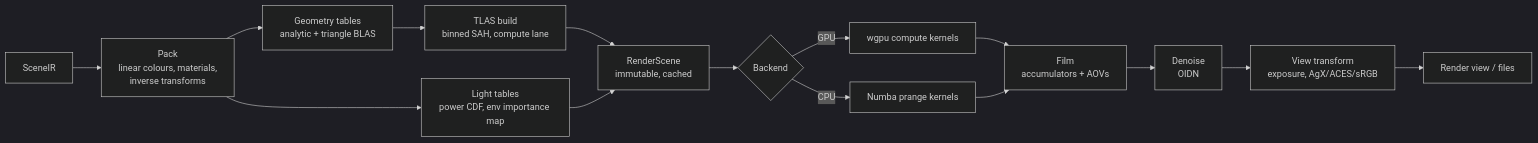
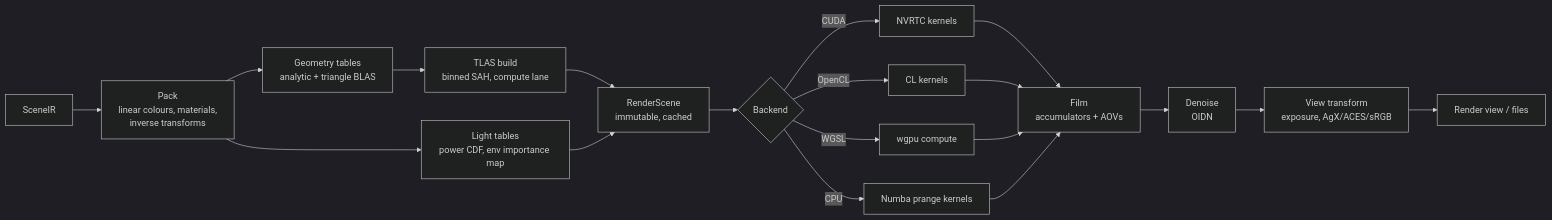
The diagram in docs/09-renderer.md (who8mypnuts/Structura), drawn with Mermaid (dark theme) before and after one commit. The commit also changed other lines of this file and 615 other files, not shown here.

````diff
--- a/docs/09-renderer.md
+++ b/docs/09-renderer.md
@@ -47,17 +55,21 @@
 ```mermaid
 flowchart LR
   IR[SceneIR] --> PK[Pack<br/>linear colours, materials,<br/>inverse transforms]
   PK --> GEO[Geometry tables<br/>analytic + triangle BLAS]
   GEO --> TL[TLAS build<br/>binned SAH, compute lane]
   PK --> LT[Light tables<br/>power CDF, env importance map]
   TL --> RSC[RenderScene<br/>immutable, cached]
   LT --> RSC
   RSC --> BE{Backend}
-  BE -->|GPU| G[wgpu compute kernels]
+  BE -->|CUDA| G1[NVRTC kernels]
+  BE -->|OpenCL| G2[CL kernels]
+  BE -->|WGSL| G3[wgpu compute]
   BE -->|CPU| C[Numba prange kernels]
-  G --> FILM[Film<br/>accumulators + AOVs]
+  G1 --> FILM[Film<br/>accumulators + AOVs]
+  G2 --> FILM
+  G3 --> FILM
   C --> FILM
   FILM --> DN[Denoise<br/>OIDN]
   DN --> VT[View transform<br/>exposure, AgX/ACES/sRGB]
   VT --> OUT[Render view / files]
 ```
````
